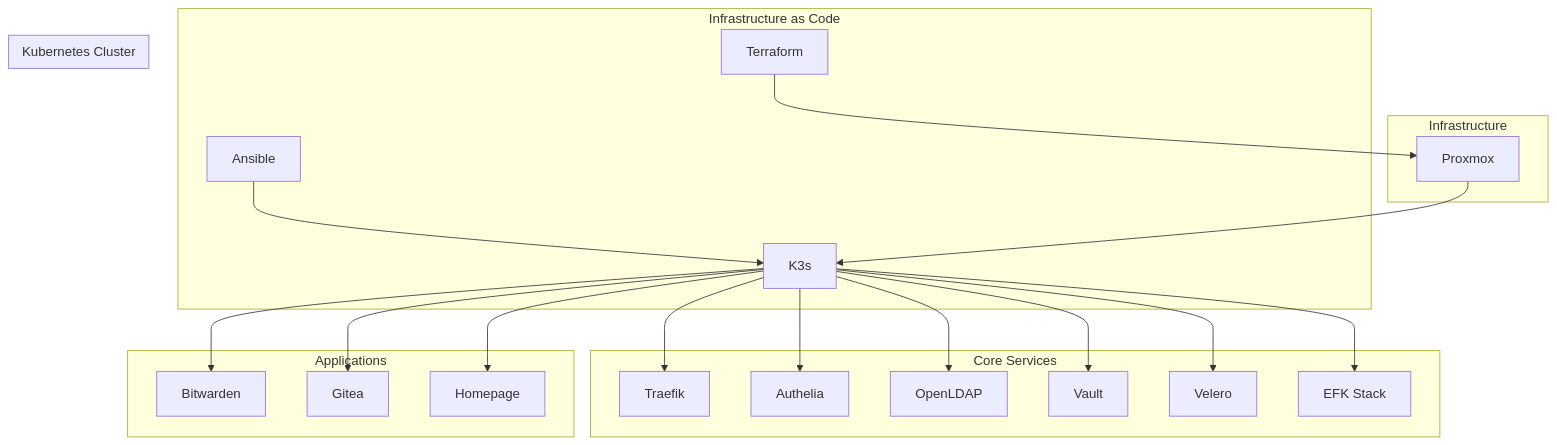
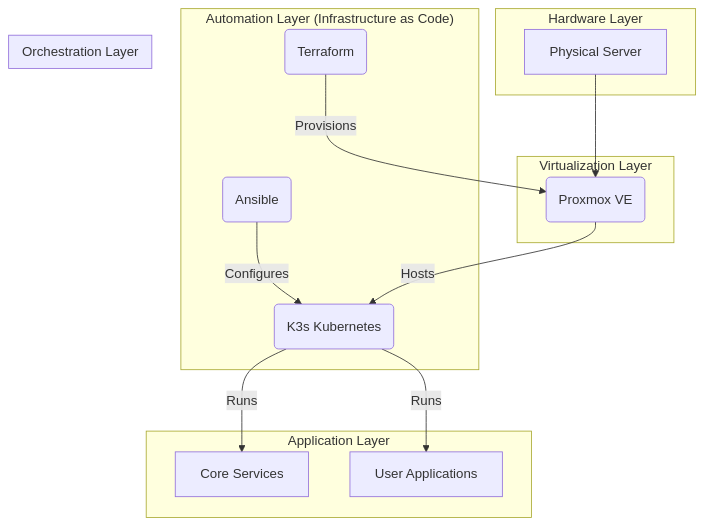
Before and after one commit to toxicoder/homelabeazy: the first of 2 diagrams in README.md, drawn with Mermaid. The commit also changed other lines of this file, not shown here.

Commit message:
docs: Rewrite mermaid diagrams in README
The previous diagrams were very specific to the tools used in this project. This change rewrites them to be more abstract and educational, focusing on the concepts rather than the specific implementations.

This will help you understand the architecture of the homelab at a higher level, without getting bogged down in the details of the specific tools.

````diff
--- a/README.md
+++ b/README.md
@@ -168,41 +168,29 @@
 ```mermaid
 graph TD
-    subgraph "Infrastructure"
-        A[Proxmox]
+    subgraph "Hardware Layer"
+        A[Physical Server]
     end
 
-    subgraph "Infrastructure as Code"
-        B[Terraform] --> A
-        C[Ansible] --> D
+    subgraph "Virtualization Layer"
+        B(Proxmox VE)
     end
 
-    subgraph "Kubernetes Cluster"
-        D[K3s]
+    subgraph "Automation Layer (Infrastructure as Code)"
+        C(Terraform) -- Provisions --> B
+        D(Ansible) -- Configures --> E
     end
 
-    subgraph "Core Services"
-        E[Traefik]
-        F[Authelia]
-        G[OpenLDAP]
-        H[Vault]
-        I[Velero]
-        J[EFK Stack]
+    subgraph "Orchestration Layer"
+        E(K3s Kubernetes)
     end
 
-    subgraph "Applications"
-        K[Bitwarden]
-        L[Gitea]
-        M[Homepage]
+    subgraph "Application Layer"
+        F[Core Services]
+        G[User Applications]
     end
 
-    A --> D
-    D --> E
-    D --> F
-    D --> G
-    D --> H
-    D --> I
-    D --> J
-    D --> K
-    D --> L
-    D --> M
+    A --> B
+    B -- Hosts --> E
+    E -- Runs --> F
+    E -- Runs --> G
 ```
````
